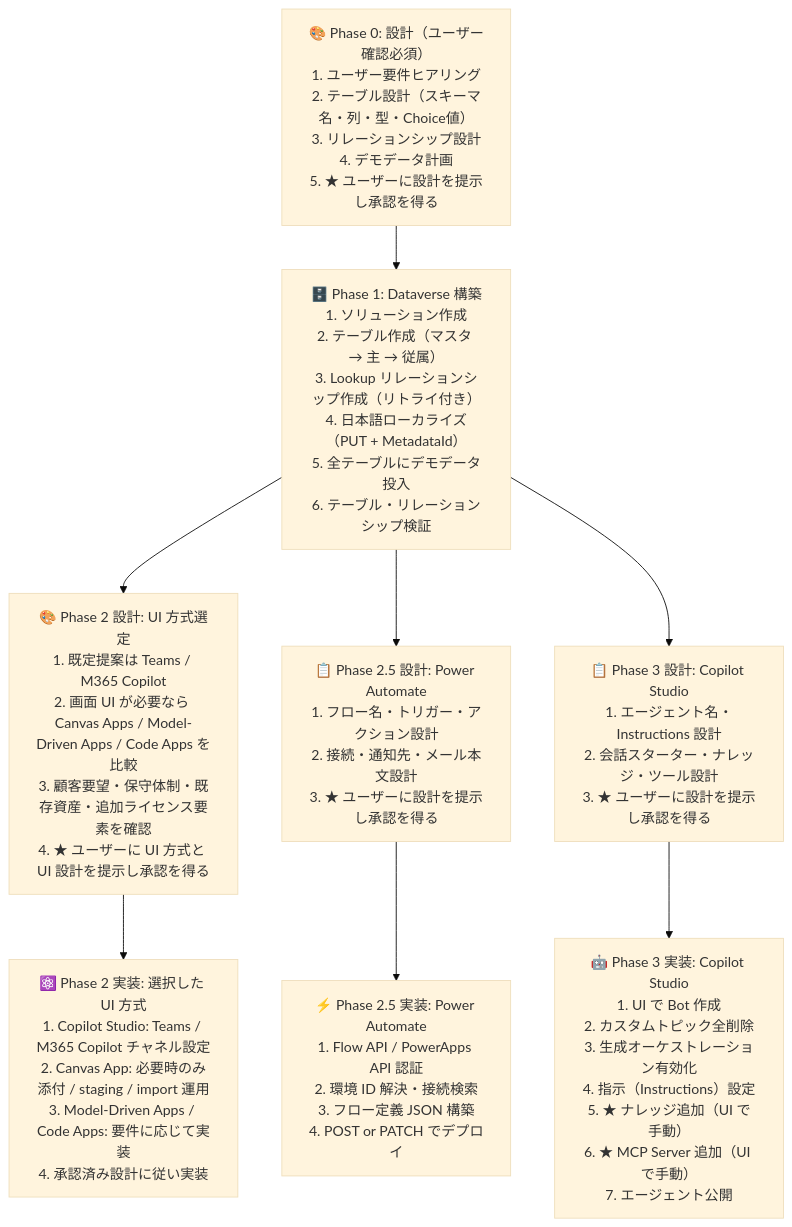
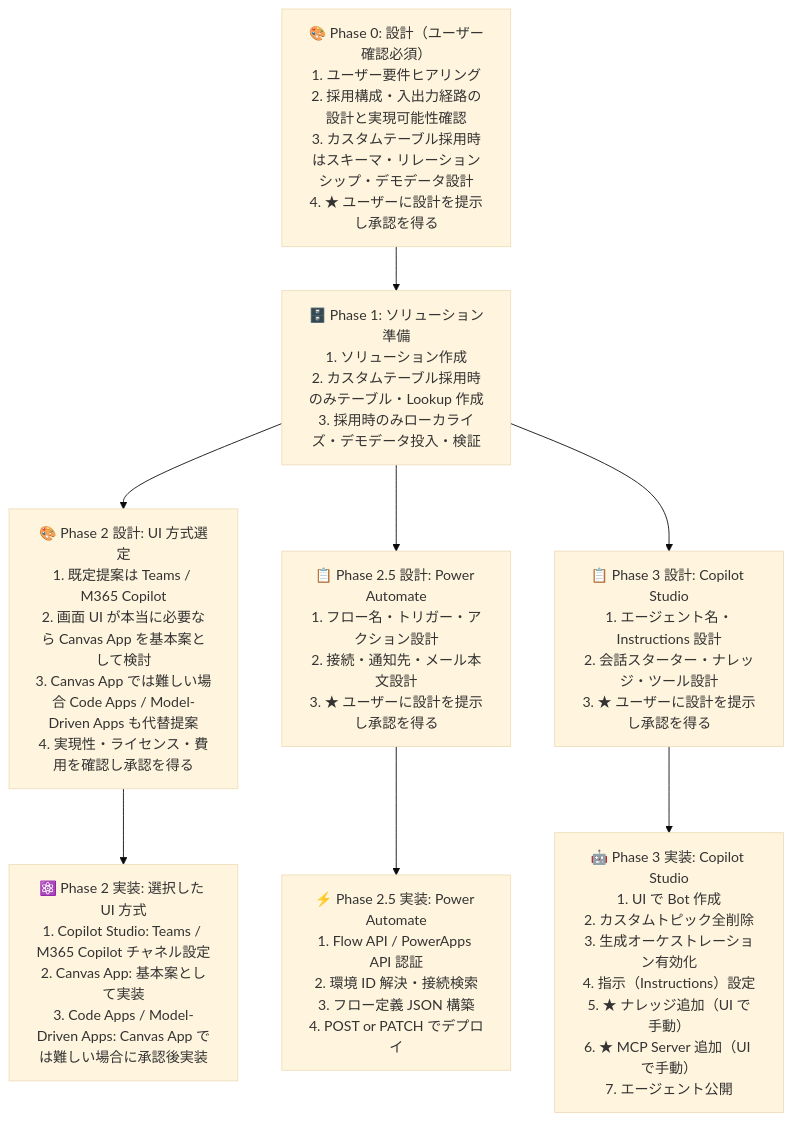
The diagram in .github/skills/standard/references/power-platform-development-standard.md (avenir-japan/Master_CodeAppsDevelopmentStandard), drawn with Mermaid (base theme) before and after one commit. The commit also changed other lines of this file and 18 other files, not shown here.

````diff
--- a/.github/skills/standard/references/power-platform-development-standard.md
+++ b/.github/skills/standard/references/power-platform-development-standard.md
@@ -1526,23 +1527,23 @@
 ```mermaid
 flowchart TD
-    P0["🎨 Phase 0: 設計（ユーザー確認必須）\n1. ユーザー要件ヒアリング\n2. テーブル設計（スキーマ名・列・型・Choice値）\n3. リレーションシップ設計\n4. デモデータ計画\n5. ★ ユーザーに設計を提示し承認を得る"]
+    P0["🎨 Phase 0: 設計（ユーザー確認必須）\n1. ユーザー要件ヒアリング\n2. 採用構成・入出力経路の設計と実現可能性確認\n3. カスタムテーブル採用時はスキーマ・リレーションシップ・デモデータ設計\n4. ★ ユーザーに設計を提示し承認を得る"]
 
-    P1["🗄️ Phase 1: Dataverse 構築\n1. ソリューション作成\n2. テーブル作成（マスタ → 主 → 従属）\n3. Lookup リレーションシップ作成（リトライ付き）\n4. 日本語ローカライズ（PUT + MetadataId）\n5. 全テーブルにデモデータ投入\n6. テーブル・リレーションシップ検証"]
+    P1["🗄️ Phase 1: ソリューション準備\n1. ソリューション作成\n2. カスタムテーブル採用時のみテーブル・Lookup 作成\n3. 採用時のみローカライズ・デモデータ投入・検証"]
 
-    P2D["🎨 Phase 2 設計: UI 方式選定\n1. 既定提案は Teams / M365 Copilot\n2. 画面 UI が必要なら Canvas Apps / Model-Driven Apps / Code Apps を比較\n3. 顧客要望・保守体制・既存資産・追加ライセンス要素を確認\n4. ★ ユーザーに UI 方式と UI 設計を提示し承認を得る"]
+    P2D["🎨 Phase 2 設計: UI 方式選定\n1. 既定提案は Teams / M365 Copilot\n2. 画面 UI が本当に必要なら Canvas App を基本案として検討\n3. Canvas App では難しい場合 Code Apps / Model-Driven Apps も代替提案\n4. 実現性・ライセンス・費用を確認し承認を得る"]
 
-    P2["⚛️ Phase 2 実装: 選択した UI 方式\n1. Copilot Studio: Teams / M365 Copilot チャネル設定\n2. Canvas App: 必要時のみ添付 / staging / import 運用\n3. Model-Driven Apps / Code Apps: 要件に応じて実装\n4. 承認済み設計に従い実装"]
+    P2["⚛️ Phase 2 実装: 選択した UI 方式\n1. Copilot Studio: Teams / M365 Copilot チャネル設定\n2. Canvas App: 基本案として実装\n3. Code Apps / Model-Driven Apps: Canvas App では難しい場合に承認後実装"]
 
     P25D["📋 Phase 2.5 設計: Power Automate\n1. フロー名・トリガー・アクション設計\n2. 接続・通知先・メール本文設計\n3. ★ ユーザーに設計を提示し承認を得る"]
 
     P25["⚡ Phase 2.5 実装: Power Automate\n1. Flow API / PowerApps API 認証\n2. 環境 ID 解決・接続検索\n3. フロー定義 JSON 構築\n4. POST or PATCH でデプロイ"]
 
     P3D["📋 Phase 3 設計: Copilot Studio\n1. エージェント名・Instructions 設計\n2. 会話スターター・ナレッジ・ツール設計\n3. ★ ユーザーに設計を提示し承認を得る"]
 
     P3["🤖 Phase 3 実装: Copilot Studio\n1. UI で Bot 作成\n2. カスタムトピック全削除\n3. 生成オーケストレーション有効化\n4. 指示（Instructions）設定\n5. ★ ナレッジ追加（UI で手動）\n6. ★ MCP Server 追加（UI で手動）\n7. エージェント公開"]
 
     P0 --> P1
     P1 --> P2D --> P2
     P1 --> P25D --> P25
     P1 --> P3D --> P3
 ```
````
